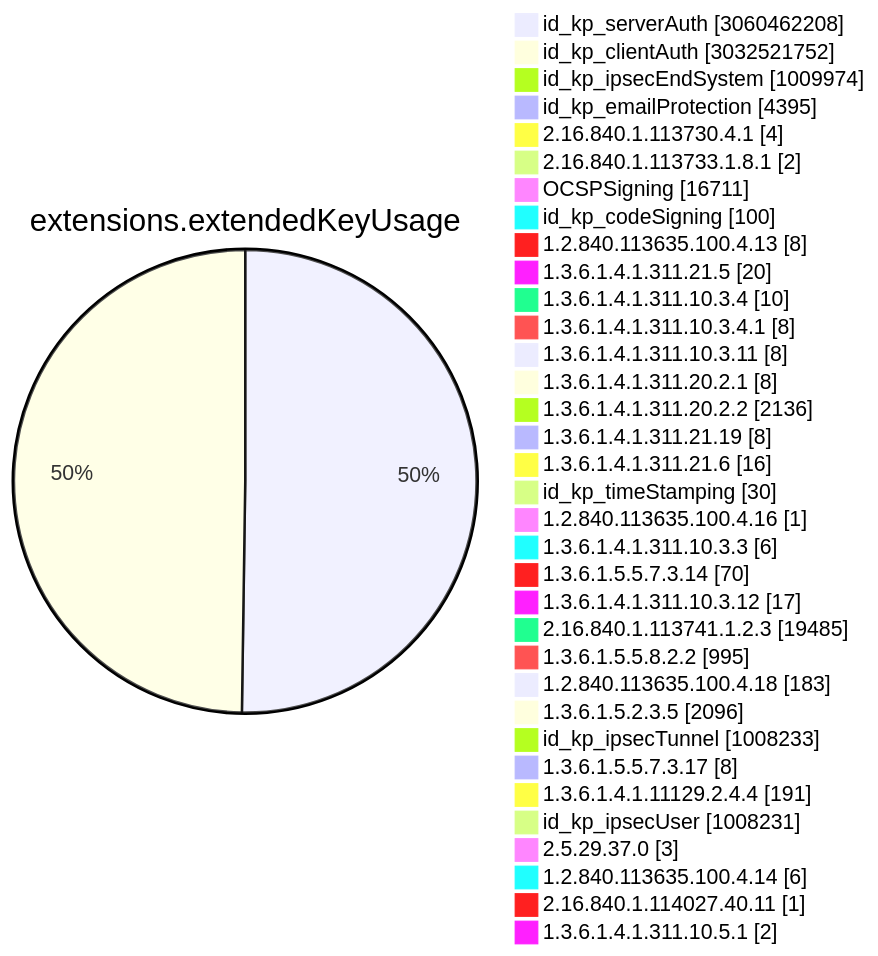
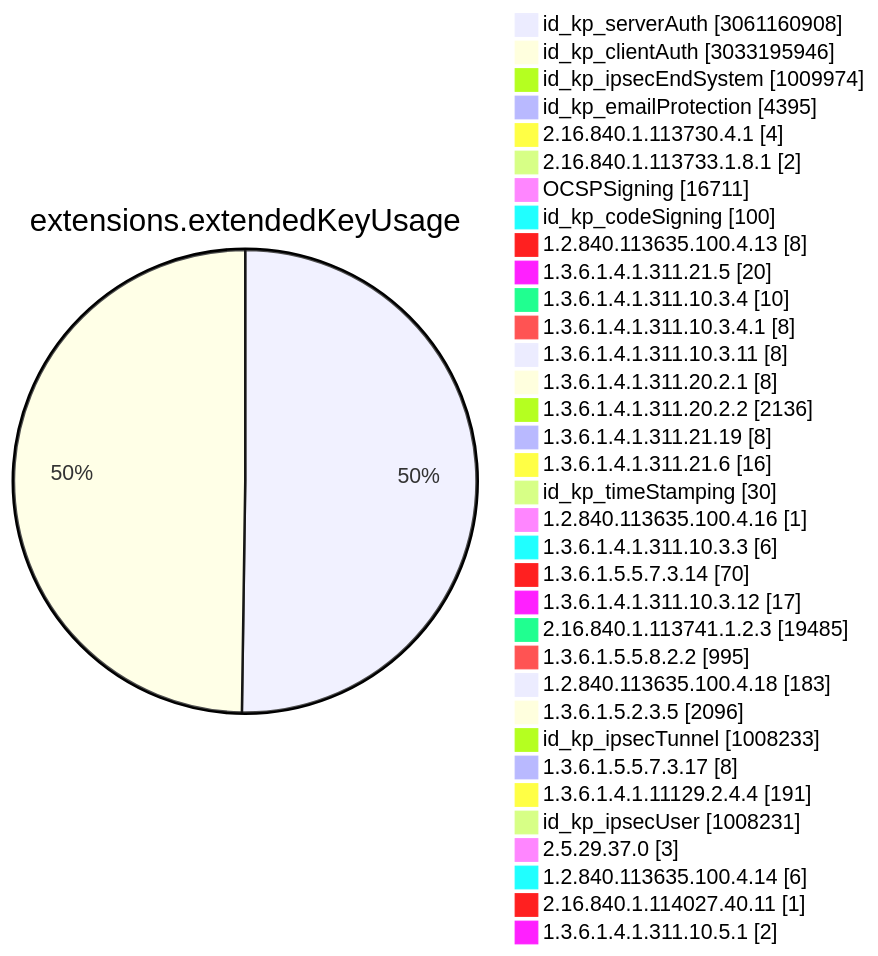
One commit to christiankrug/ctmonitor_visualization changed diagram 11 of 15 in TOTAL/README.md. Above: the diagram before and after it, drawn with Mermaid. The commit also changed other lines of this file, not shown here.

````diff
--- a/TOTAL/README.md
+++ b/TOTAL/README.md
@@ -4119,38 +4119,38 @@
 ```mermaid
 pie showData
 title extensions.extendedKeyUsage
-"id_kp_serverAuth" :3060462208
-"id_kp_clientAuth" :3032521752
+"id_kp_serverAuth" :3061160908
+"id_kp_clientAuth" :3033195946
 "id_kp_ipsecEndSystem" :1009974
 "id_kp_emailProtection" :4395
 "2.16.840.1.113730.4.1" :4
 "2.16.840.1.113733.1.8.1" :2
 "OCSPSigning" :16711
 "id_kp_codeSigning" :100
 "1.2.840.113635.100.4.13" :8
 "1.3.6.1.4.1.311.21.5" :20
 "1.3.6.1.4.1.311.10.3.4" :10
 "1.3.6.1.4.1.311.10.3.4.1" :8
 "1.3.6.1.4.1.311.10.3.11" :8
 "1.3.6.1.4.1.311.20.2.1" :8
 "1.3.6.1.4.1.311.20.2.2" :2136
 "1.3.6.1.4.1.311.21.19" :8
 "1.3.6.1.4.1.311.21.6" :16
 "id_kp_timeStamping" :30
 "1.2.840.113635.100.4.16" :1
 "1.3.6.1.4.1.311.10.3.3" :6
 "1.3.6.1.5.5.7.3.14" :70
 "1.3.6.1.4.1.311.10.3.12" :17
 "2.16.840.1.113741.1.2.3" :19485
 "1.3.6.1.5.5.8.2.2" :995
 "1.2.840.113635.100.4.18" :183
 "1.3.6.1.5.2.3.5" :2096
 "id_kp_ipsecTunnel" :1008233
 "1.3.6.1.5.5.7.3.17" :8
 "1.3.6.1.4.1.11129.2.4.4" :191
 "id_kp_ipsecUser" :1008231
 "2.5.29.37.0" :3
 "1.2.840.113635.100.4.14" :6
 "2.16.840.1.114027.40.11" :1
 "1.3.6.1.4.1.311.10.5.1" :2
 ```
````
